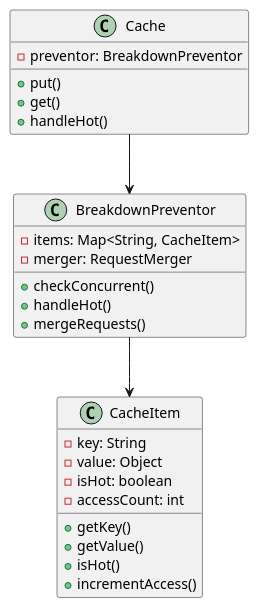
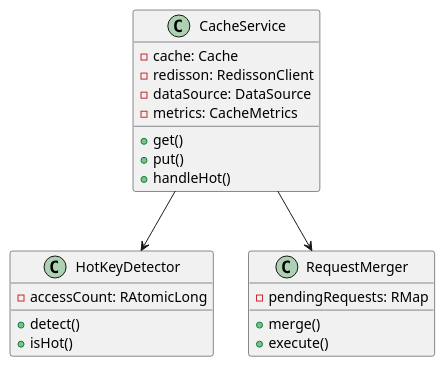
Before and after one commit to fine5351/info-sync: the second of 3 diagrams in doc/learning/architecture/cache_breakdown_tutorial.md, drawn with PlantUML. The commit also changed other lines of this file and 9 other files, not shown here.

````diff
--- a/doc/learning/architecture/cache_breakdown_tutorial.md
+++ b/doc/learning/architecture/cache_breakdown_tutorial.md
@@ -115,32 +129,28 @@
 ```plantuml
 @startuml
-class CacheItem {
-    - key: String
-    - value: Object
-    - isHot: boolean
-    - accessCount: int
-    + getKey()
-    + getValue()
-    + isHot()
-    + incrementAccess()
-}
-
-class BreakdownPreventor {
-    - items: Map<String, CacheItem>
-    - merger: RequestMerger
-    + checkConcurrent()
-    + handleHot()
-    + mergeRequests()
-}
-
-class Cache {
-    - preventor: BreakdownPreventor
+class CacheService {
+    - cache: Cache
+    - redisson: RedissonClient
+    - dataSource: DataSource
+    - metrics: CacheMetrics
+    + get()
     + put()
-    + get()
     + handleHot()
 }
 
-Cache --> BreakdownPreventor
-BreakdownPreventor --> CacheItem
+class HotKeyDetector {
+    - accessCount: RAtomicLong
+    + detect()
+    + isHot()
+}
+
+class RequestMerger {
+    - pendingRequests: RMap
+    + merge()
+    + execute()
+}
+
+CacheService --> HotKeyDetector
+CacheService --> RequestMerger
 @enduml
 ```
````
